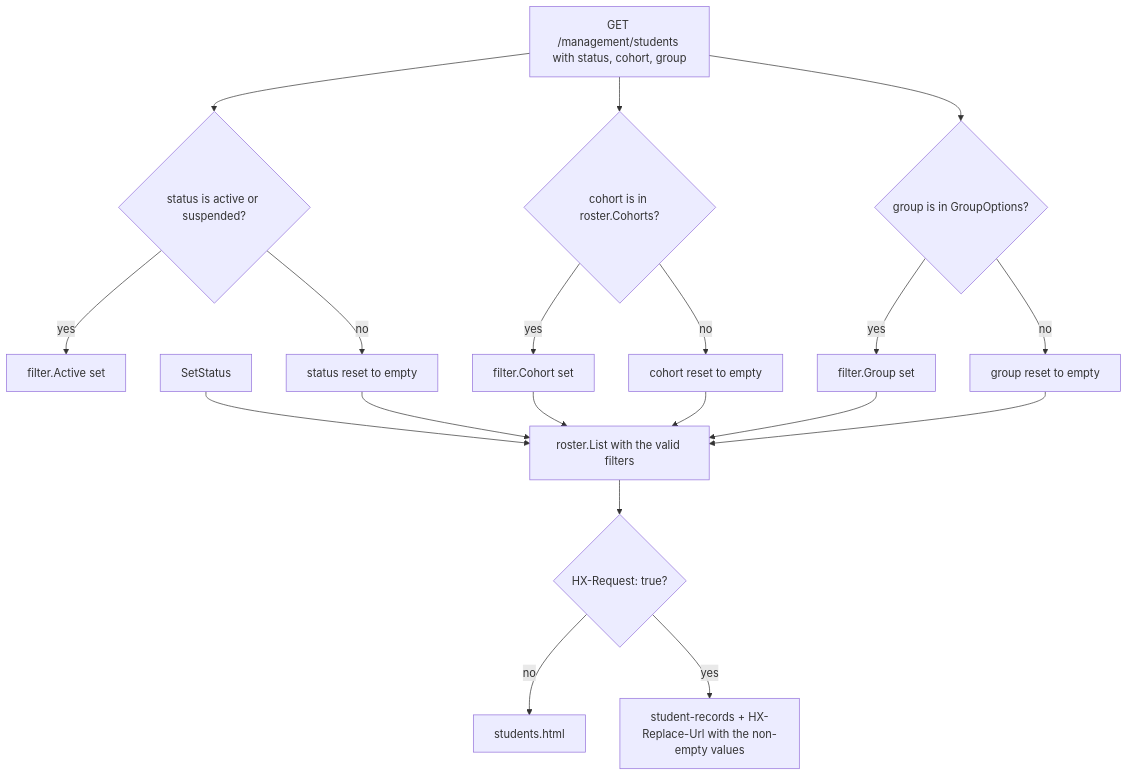
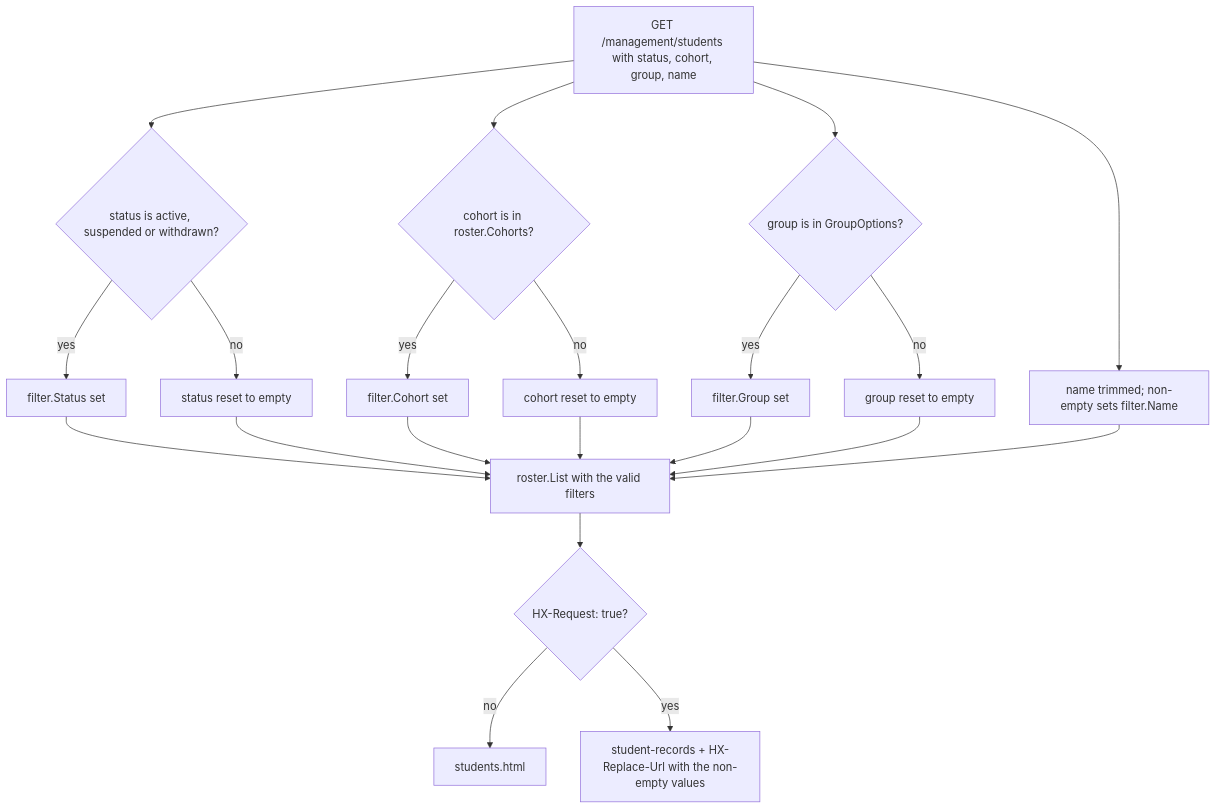
The first of 3 diagrams in docs/management/students.md (devGabriel131/ProjectHermes), drawn with Mermaid before and after one commit. The commit also changed other lines of this file and 12 other files, not shown here.

````diff
--- a/docs/management/students.md
+++ b/docs/management/students.md
@@ -13,21 +13,23 @@
 ```mermaid
 flowchart TD
-    Query["GET /management/students with status, cohort, group"] --> Status{"status is active or suspended?"}
-    Status -->|"yes"| SetActive["filter.Active set"]
+    Query["GET /management/students with status, cohort, group, name"] --> Status{"status is active, suspended or withdrawn?"}
+    Status -->|"yes"| SetStatus["filter.Status set"]
     Status -->|"no"| ClearStatus["status reset to empty"]
     Query --> Cohort{"cohort is in roster.Cohorts?"}
     Cohort -->|"yes"| SetCohort["filter.Cohort set"]
     Cohort -->|"no"| ClearCohort["cohort reset to empty"]
     Query --> Group{"group is in GroupOptions?"}
     Group -->|"yes"| SetGroup["filter.Group set"]
     Group -->|"no"| ClearGroup["group reset to empty"]
+    Query --> Name["name trimmed; non-empty sets filter.Name"]
     SetStatus --> List["roster.List with the valid filters"]
     ClearStatus --> List
     SetCohort --> List
     ClearCohort --> List
     SetGroup --> List
     ClearGroup --> List
+    Name --> List
     List --> Htmx{"HX-Request: true?"}
     Htmx -->|"no"| Full["students.html"]
     Htmx -->|"yes"| Rows["student-records + HX-Replace-Url with the non-empty values"]
 ```
````
